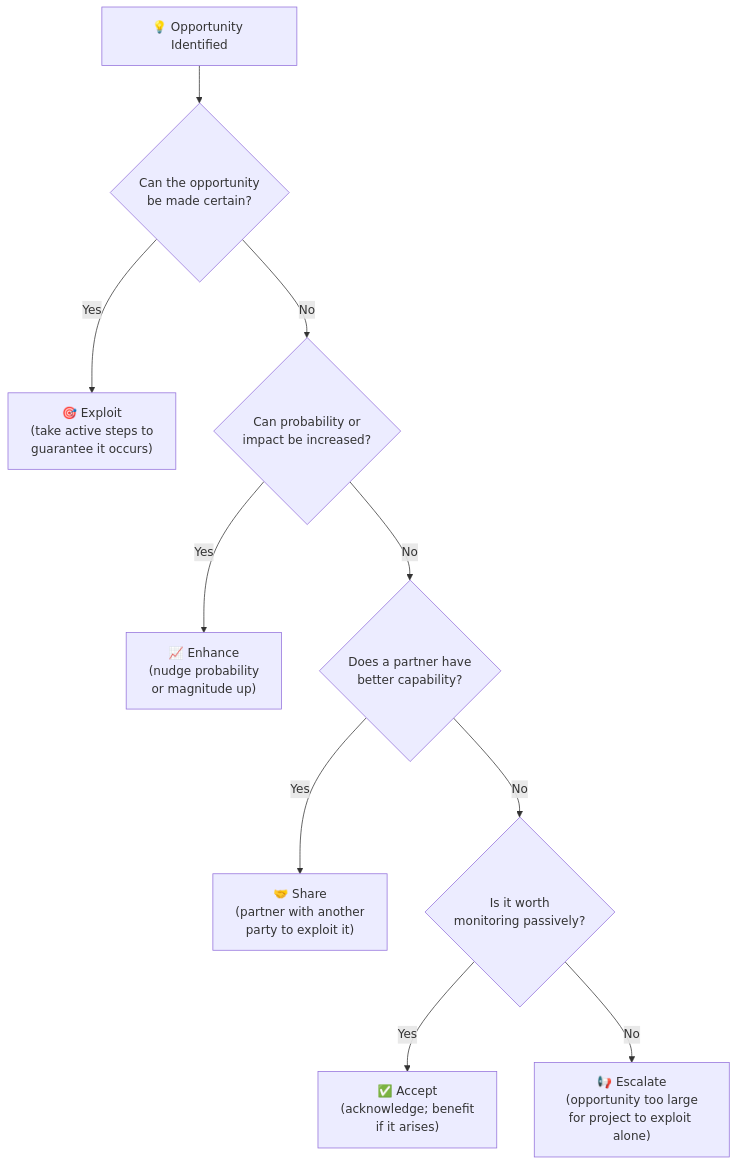
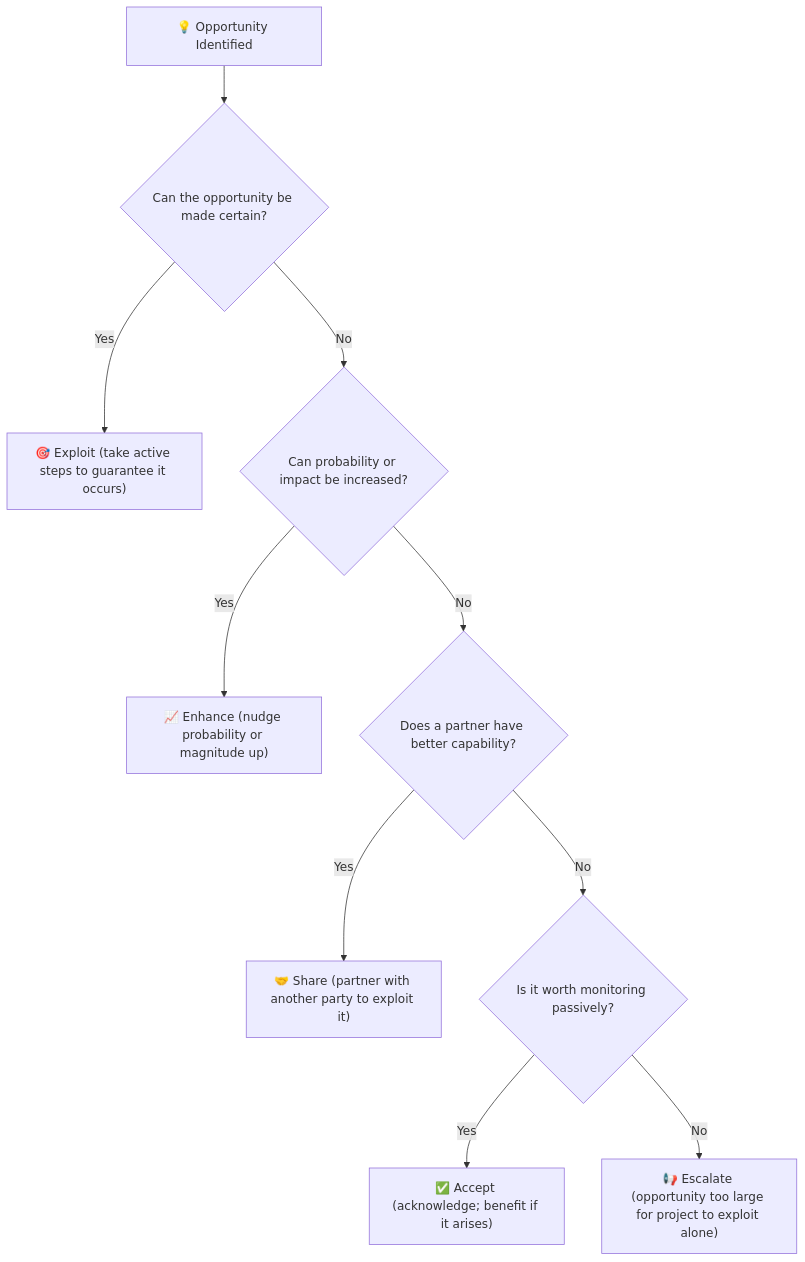
One commit to UncleJS/course_projectManagement changed the fourth of 4 diagrams in modules/11-risk-management.md. Above: the diagram before and after it, drawn with Mermaid. The commit also changed other lines of this file and 16 other files, not shown here.

Commit message:
Fix Mermaid rendering: remove literal \n from all diagram labels; quote unquoted & in flowchart nodes

````diff
--- a/modules/11-risk-management.md
+++ b/modules/11-risk-management.md
@@ -316,22 +316,22 @@
 ```mermaid
 flowchart TD
     O["💡 Opportunity Identified"]
-    Q1{"Can the opportunity\nbe made certain?"}
-    EX["🎯 Exploit\n(take active steps to\nguarantee it occurs)"]
-    Q2{"Can probability or\nimpact be increased?"}
-    EN["📈 Enhance\n(nudge probability\nor magnitude up)"]
-    Q3{"Does a partner have\nbetter capability?"}
-    SH["🤝 Share\n(partner with another\nparty to exploit it)"]
-    Q4{"Is it worth\nmonitoring passively?"}
-    AC["✅ Accept\n(acknowledge; benefit\nif it arises)"]
-    ES["📢 Escalate\n(opportunity too large\nfor project to exploit alone)"]
+    Q1{"Can the opportunity be made certain?"}
+    EX["🎯 Exploit (take active steps to guarantee it occurs)"]
+    Q2{"Can probability or impact be increased?"}
+    EN["📈 Enhance (nudge probability or magnitude up)"]
+    Q3{"Does a partner have better capability?"}
+    SH["🤝 Share (partner with another party to exploit it)"]
+    Q4{"Is it worth monitoring passively?"}
+    AC["✅ Accept (acknowledge; benefit if it arises)"]
+    ES["📢 Escalate (opportunity too large for project to exploit alone)"]
     O --> Q1
     Q1 -->|Yes| EX
     Q1 -->|No| Q2
     Q2 -->|Yes| EN
     Q2 -->|No| Q3
     Q3 -->|Yes| SH
     Q3 -->|No| Q4
     Q4 -->|Yes| AC
     Q4 -->|No| ES
 ```
````
